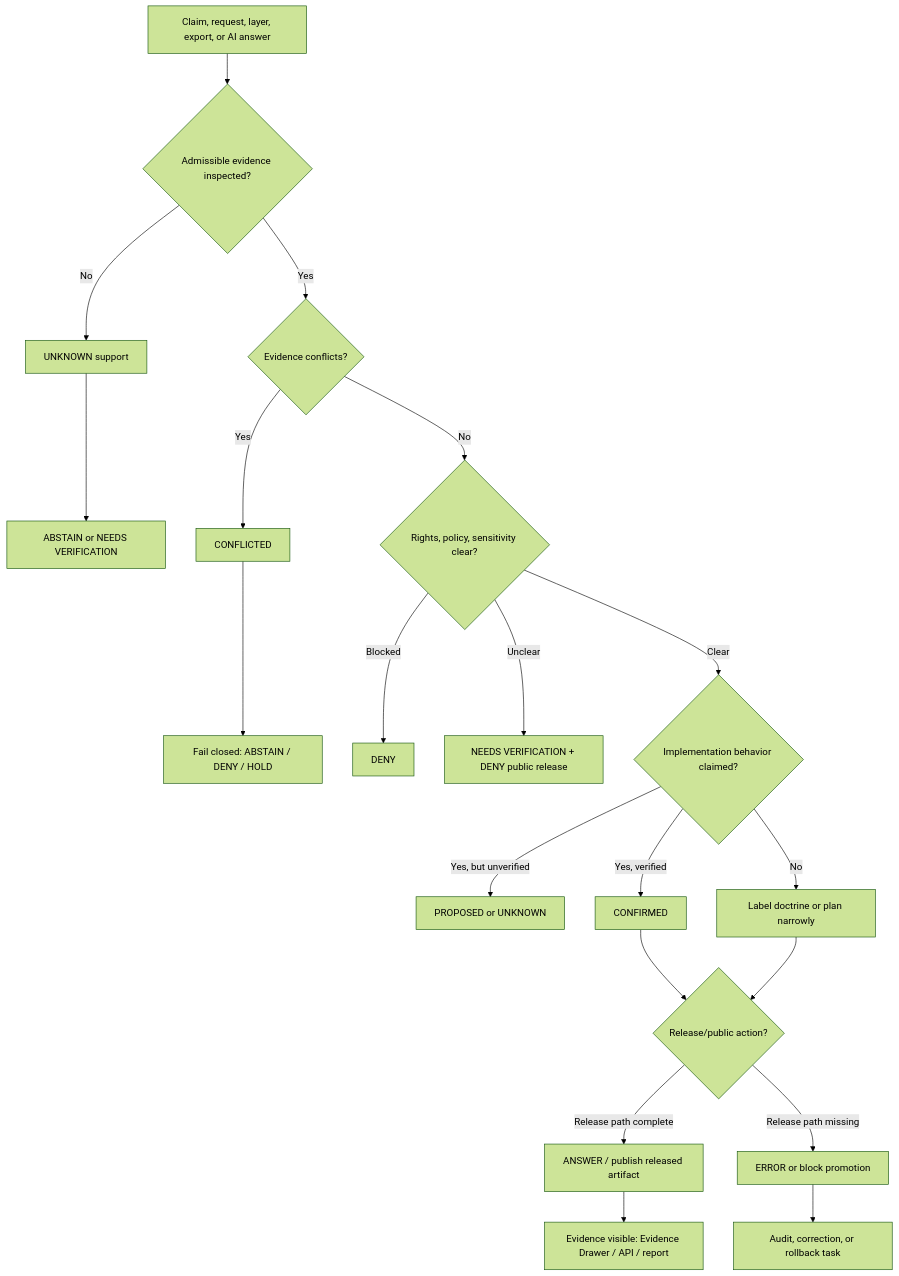
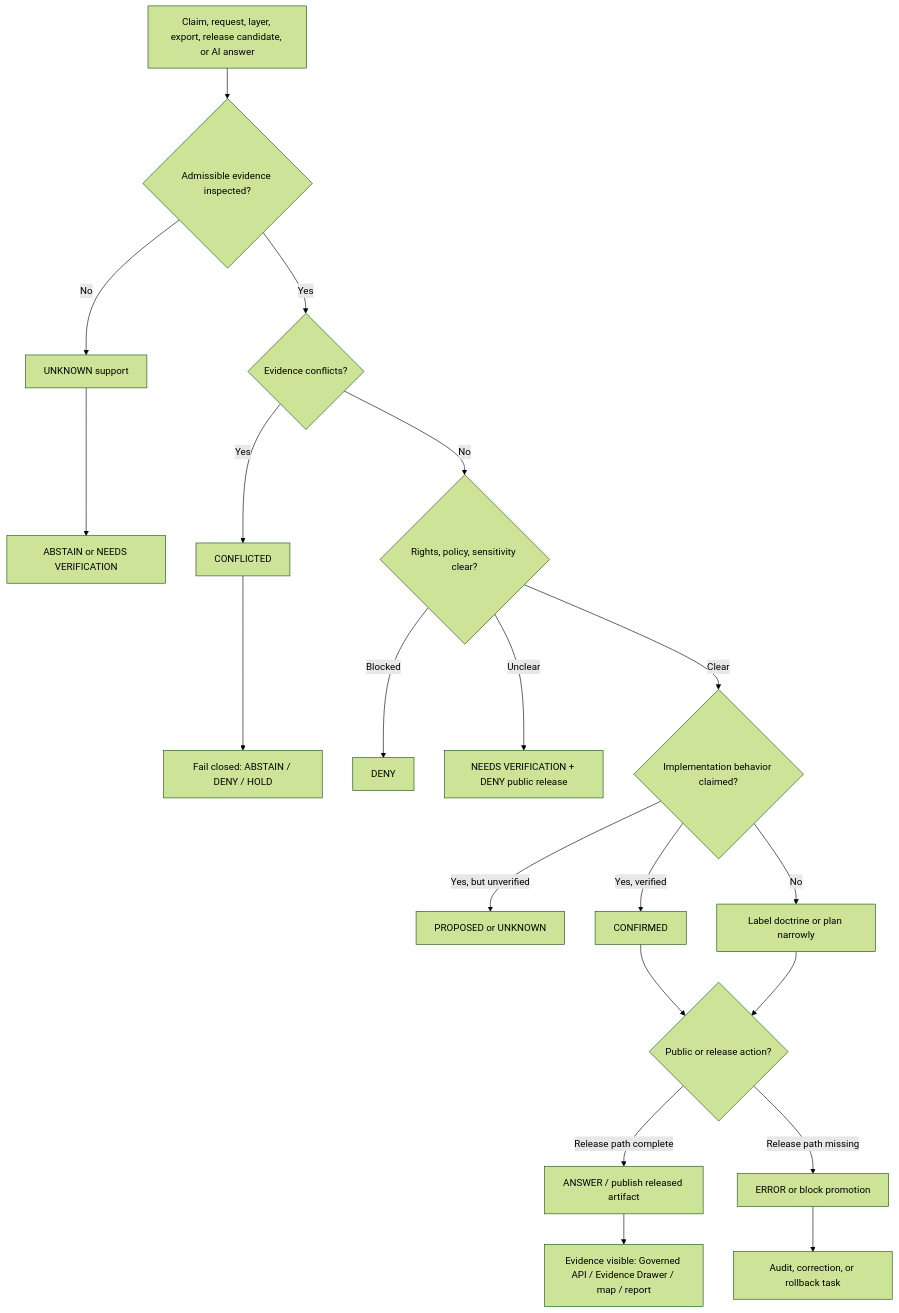
One commit to bartytime4life/Kansas-Frontier-Matrix changed the diagram in docs/doctrine/truth-posture.md. Above: the diagram before and after it, drawn with Mermaid (forest theme). The commit also changed other lines of this file, not shown here.

````diff
--- a/docs/doctrine/truth-posture.md
+++ b/docs/doctrine/truth-posture.md
@@ -337,29 +347,29 @@
 ```mermaid
 flowchart TD
-  A[Claim, request, layer, export, or AI answer] --> B{Admissible evidence inspected?}
+  A[Claim, request, layer, export, release candidate, or AI answer] --> B{Admissible evidence inspected?}
 
   B -->|No| C[UNKNOWN support]
   C --> D[ABSTAIN or NEEDS VERIFICATION]
 
   B -->|Yes| E{Evidence conflicts?}
   E -->|Yes| F[CONFLICTED]
   F --> G[Fail closed: ABSTAIN / DENY / HOLD]
 
   E -->|No| H{Rights, policy, sensitivity clear?}
   H -->|Blocked| I[DENY]
   H -->|Unclear| J[NEEDS VERIFICATION + DENY public release]
   H -->|Clear| K{Implementation behavior claimed?}
 
   K -->|Yes, but unverified| L[PROPOSED or UNKNOWN]
   K -->|Yes, verified| M[CONFIRMED]
   K -->|No| N[Label doctrine or plan narrowly]
 
-  M --> O{Release/public action?}
+  M --> O{Public or release action?}
   N --> O
 
   O -->|Release path complete| P[ANSWER / publish released artifact]
   O -->|Release path missing| Q[ERROR or block promotion]
 
-  P --> R[Evidence visible: Evidence Drawer / API / report]
+  P --> R[Evidence visible: Governed API / Evidence Drawer / map / report]
   Q --> S[Audit, correction, or rollback task]
 ```
````
